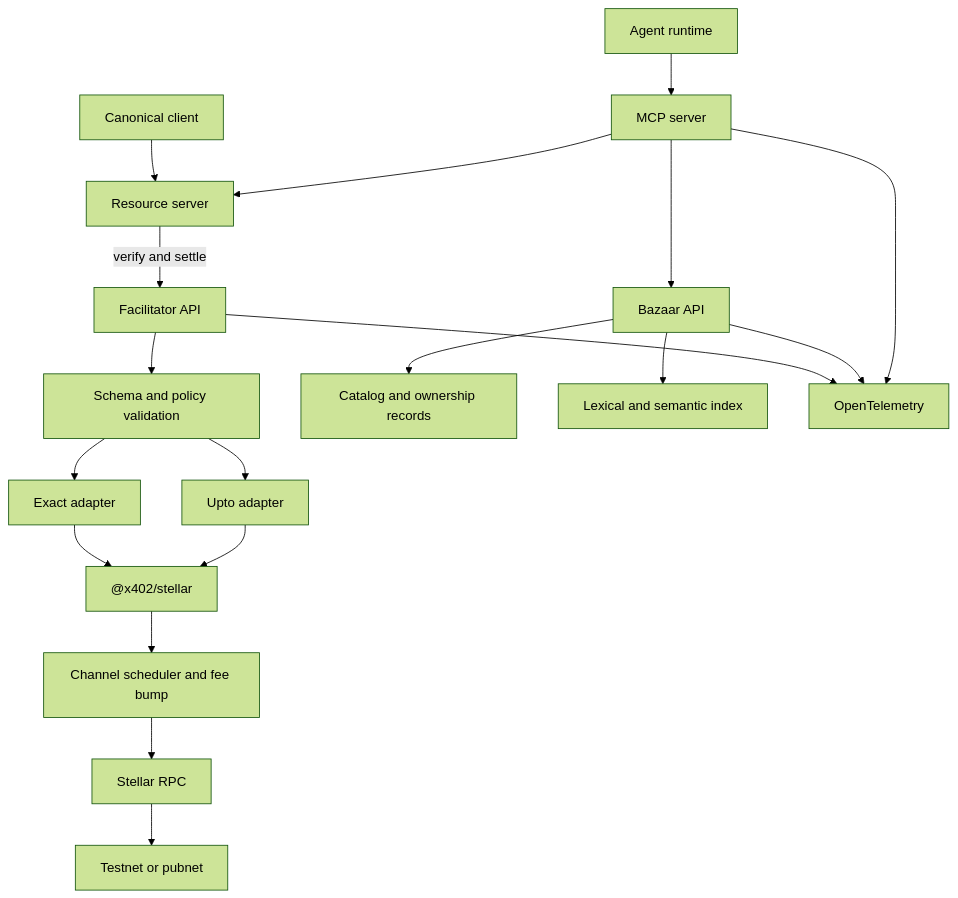
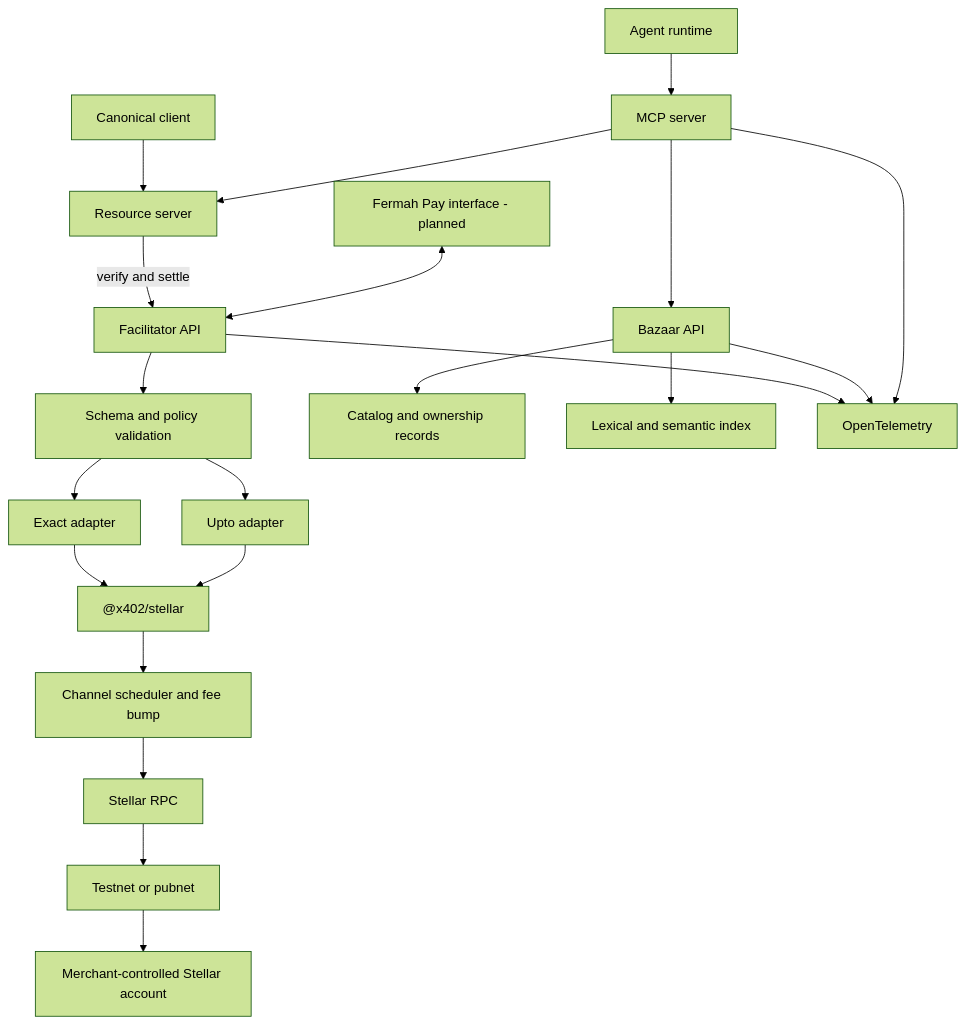
The diagram in docs/ARCHITECTURE.md (AiFinPay/stellar-x402-facilitator), drawn with Mermaid (forest theme) before and after one commit. The commit also changed other lines of this file, not shown here.

Commit message:
docs: document AIFP profiles and optional Fermah adapter

````diff
--- a/docs/ARCHITECTURE.md
+++ b/docs/ARCHITECTURE.md
@@ -16,23 +18,25 @@
 ```mermaid
 flowchart TD
     C["Canonical client"] --> RS["Resource server"]
     RS -->|"verify and settle"| API["Facilitator API"]
     API --> V["Schema and policy validation"]
     V --> EX["Exact adapter"]
     V --> UP["Upto adapter"]
     EX --> XS["@x402/stellar"]
     UP --> XS
     XS --> CH["Channel scheduler and fee bump"]
     CH --> RPC["Stellar RPC"]
     RPC --> NET["Testnet or pubnet"]
+    NET --> MER["Merchant-controlled Stellar account"]
+    FP["Fermah Pay interface - planned"] <--> API
 
     AG["Agent runtime"] --> MCP["MCP server"]
     MCP --> DZ["Bazaar API"]
     MCP --> RS
     DZ --> CAT["Catalog and ownership records"]
     DZ --> IDX["Lexical and semantic index"]
 
     API --> OBS["OpenTelemetry"]
     DZ --> OBS
     MCP --> OBS
 ```
````
